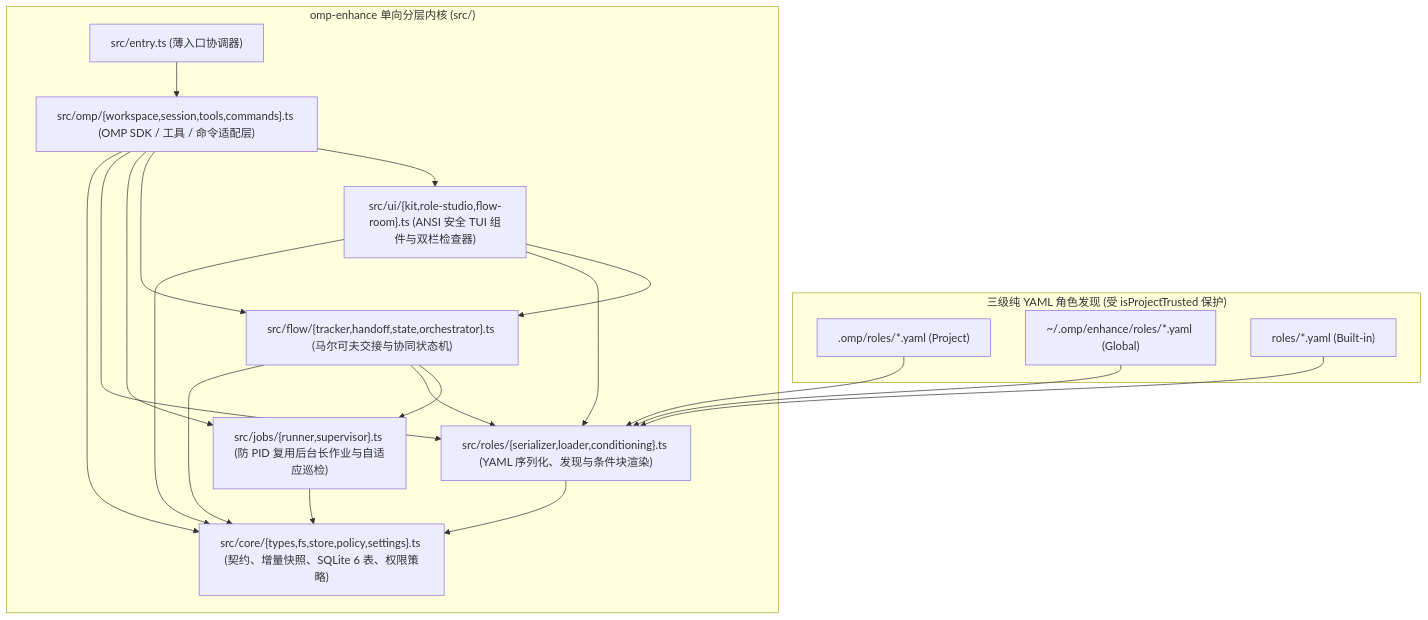
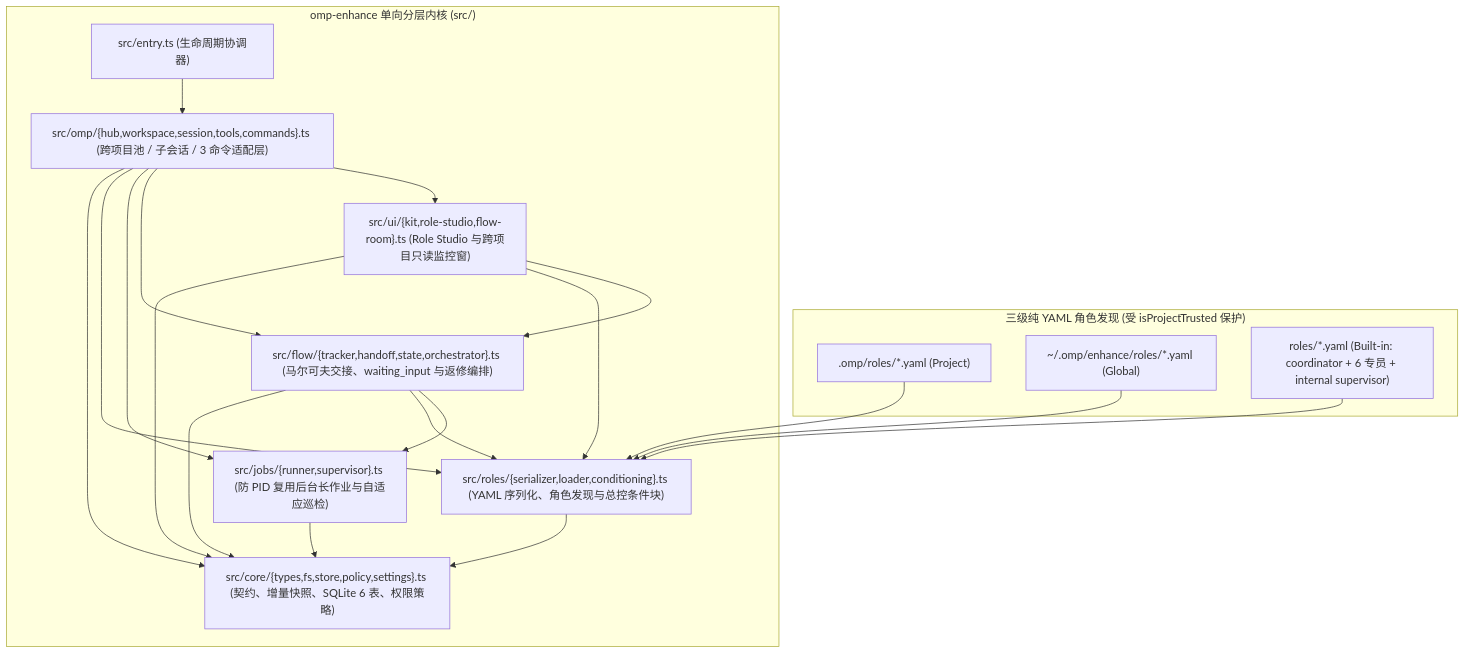
Before and after one commit to HugeKangroo/omp-enhance: the diagram in docs/architecture.md, drawn with Mermaid. The commit also changed other lines of this file and 37 other files, not shown here.

````diff
--- a/docs/architecture.md
+++ b/docs/architecture.md
@@ -24,36 +24,36 @@
 ```mermaid
 flowchart TB
     subgraph Discovery["三级纯 YAML 角色发现 (受 isProjectTrusted 保护)"]
         P[".omp/roles/*.yaml (Project)"]
         G["~/.omp/enhance/roles/*.yaml (Global)"]
-        B["roles/*.yaml (Built-in)"]
+        B["roles/*.yaml (Built-in: coordinator + 6 专员 + internal supervisor)"]
     end
 
     subgraph Layers["omp-enhance 单向分层内核 (src/)"]
-        Entry["src/entry.ts (薄入口协调器)"]
-        OMP["src/omp/{workspace,session,tools,commands}.ts (OMP SDK / 工具 / 命令适配层)"]
-        UI["src/ui/{kit,role-studio,flow-room}.ts (ANSI 安全 TUI 组件与双栏检查器)"]
-        Flow["src/flow/{tracker,handoff,state,orchestrator}.ts (马尔可夫交接与协同状态机)"]
+        Entry["src/entry.ts (生命周期协调器)"]
+        OMP["src/omp/{hub,workspace,session,tools,commands}.ts (跨项目池 / 子会话 / 3 命令适配层)"]
+        UI["src/ui/{kit,role-studio,flow-room}.ts (Role Studio 与跨项目只读监控窗)"]
+        Flow["src/flow/{tracker,handoff,state,orchestrator}.ts (马尔可夫交接、waiting_input 与返修编排)"]
         Jobs["src/jobs/{runner,supervisor}.ts (防 PID 复用后台长作业与自适应巡检)"]
-        Roles["src/roles/{serializer,loader,conditioning}.ts (YAML 序列化、发现与条件块渲染)"]
+        Roles["src/roles/{serializer,loader,conditioning}.ts (YAML 序列化、角色发现与总控条件块)"]
         Core["src/core/{types,fs,store,policy,settings}.ts (契约、增量快照、SQLite 6 表、权限策略)"]
     end
 
     P --> Roles
     G --> Roles
     B --> Roles
     Entry --> OMP
     OMP --> UI
     OMP --> Flow
     OMP --> Jobs
     OMP --> Roles
     OMP --> Core
     UI --> Flow
     UI --> Roles
     UI --> Core
     Flow --> Jobs
     Flow --> Roles
     Flow --> Core
     Jobs --> Core
     Roles --> Core
 ```
````
